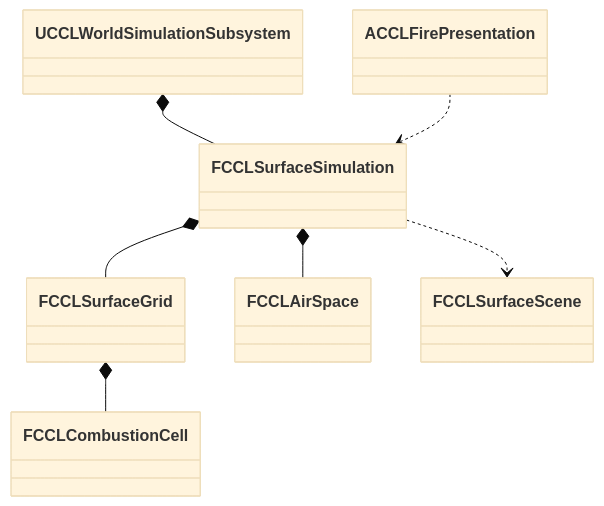
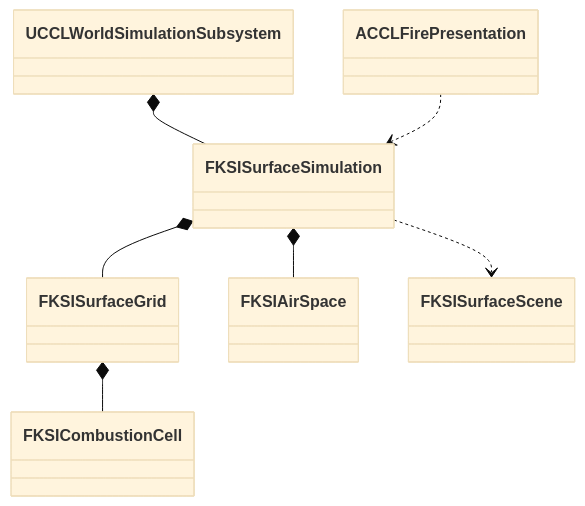
Before and after one commit to kang-sihwon/ccl8: the first of 2 diagrams in Docs/EnvironmentFire.md, drawn with Mermaid (base theme). The commit also changed other lines of this file and 6 other files, not shown here.

````diff
--- a/Docs/EnvironmentFire.md
+++ b/Docs/EnvironmentFire.md
@@ -17,9 +15,9 @@
 ```mermaid
 classDiagram
-    UCCLWorldSimulationSubsystem *-- FCCLSurfaceSimulation
-    FCCLSurfaceSimulation *-- FCCLSurfaceGrid
-    FCCLSurfaceGrid *-- FCCLCombustionCell
-    FCCLSurfaceSimulation *-- FCCLAirSpace
-    FCCLSurfaceSimulation ..> FCCLSurfaceScene
-    ACCLFirePresentation ..> FCCLSurfaceSimulation
+    UCCLWorldSimulationSubsystem *-- FKSISurfaceSimulation
+    FKSISurfaceSimulation *-- FKSISurfaceGrid
+    FKSISurfaceGrid *-- FKSICombustionCell
+    FKSISurfaceSimulation *-- FKSIAirSpace
+    FKSISurfaceSimulation ..> FKSISurfaceScene
+    ACCLFirePresentation ..> FKSISurfaceSimulation
 ```
````
